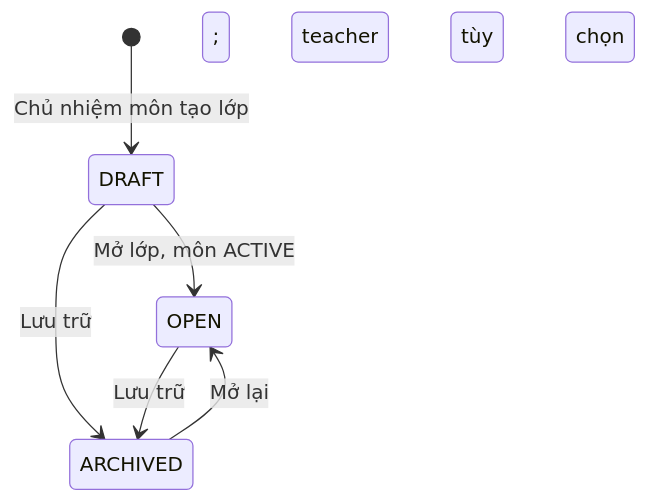
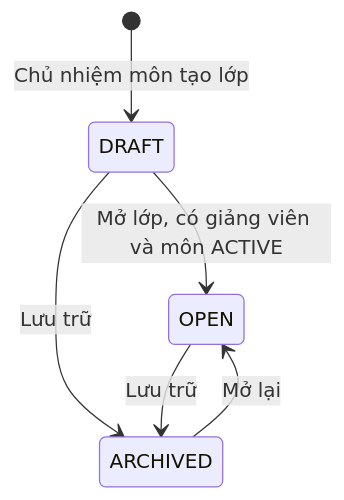
One commit to hygef-v4/AI-Powered-Learning-Platform changed the first of 2 diagrams in aidlc-docs/construction/u05-class-enrollment/functional-design/domain-entities.md. Above: the diagram before and after it, drawn with Mermaid. The commit also changed other lines of this file and 2639 other files, not shown here.

````diff
--- a/aidlc-docs/construction/u05-class-enrollment/functional-design/domain-entities.md
+++ b/aidlc-docs/construction/u05-class-enrollment/functional-design/domain-entities.md
@@ -38,8 +35,8 @@
 ```mermaid
 stateDiagram-v2
     [*] --> DRAFT: Chủ nhiệm môn tạo lớp
-    DRAFT --> OPEN: Mở lớp, môn ACTIVE; teacher tùy chọn
+    DRAFT --> OPEN: Mở lớp, có giảng viên và môn ACTIVE
     DRAFT --> ARCHIVED: Lưu trữ
     OPEN --> ARCHIVED: Lưu trữ
     ARCHIVED --> OPEN: Mở lại
 ```
````
